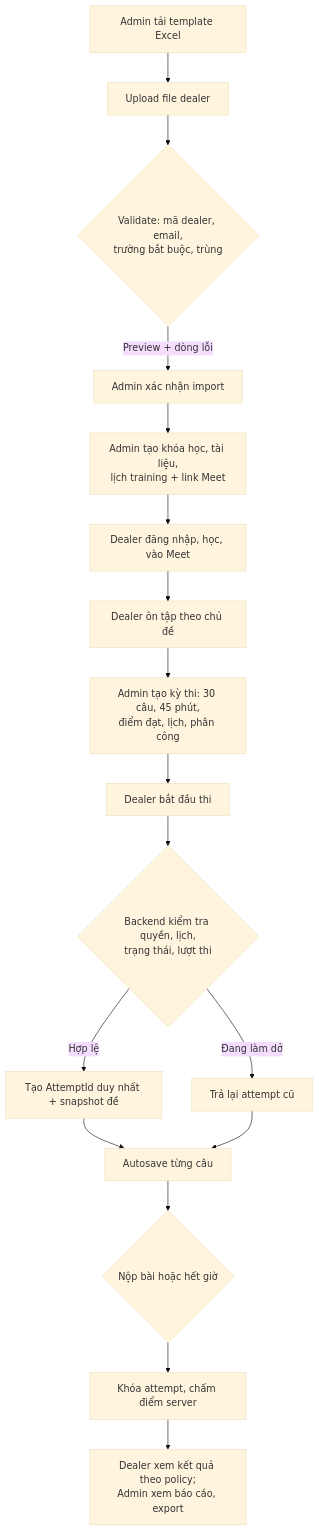
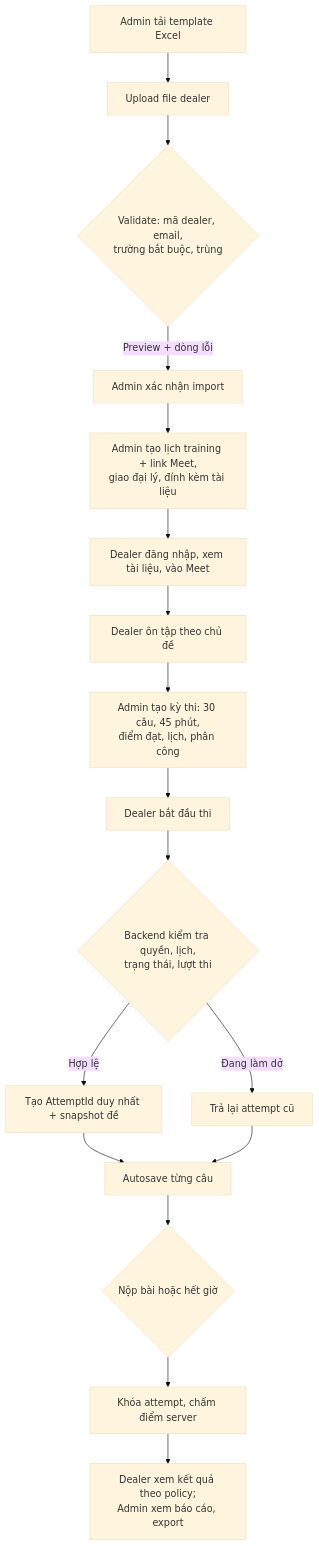
Before and after one commit to noeffortnomoney/KD-question-dealer: the first of 2 diagrams in Docs/01-tong-quan-pham-vi.md, drawn with Mermaid (base theme). The commit also changed other lines of this file and 105 other files, not shown here.

````diff
--- a/Docs/01-tong-quan-pham-vi.md
+++ b/Docs/01-tong-quan-pham-vi.md
@@ -47,19 +47,19 @@
 ```mermaid
 flowchart TD
     A[Admin tải template Excel] --> B[Upload file dealer]
     B --> C{Validate: mã dealer, email,<br/>trường bắt buộc, trùng}
     C -->|Preview + dòng lỗi| D[Admin xác nhận import]
-    D --> E[Admin tạo khóa học, tài liệu,<br/>lịch training + link Meet]
-    E --> F[Dealer đăng nhập, học, vào Meet]
+    D --> E[Admin tạo lịch training + link Meet,<br/>giao đại lý, đính kèm tài liệu]
+    E --> F[Dealer đăng nhập, xem tài liệu, vào Meet]
     F --> G[Dealer ôn tập theo chủ đề]
     G --> H[Admin tạo kỳ thi: 30 câu, 45 phút,<br/>điểm đạt, lịch, phân công]
     H --> I[Dealer bắt đầu thi]
     I --> J{Backend kiểm tra quyền, lịch,<br/>trạng thái, lượt thi}
     J -->|Hợp lệ| K[Tạo AttemptId duy nhất + snapshot đề]
     J -->|Đang làm dở| K2[Trả lại attempt cũ]
     K --> L[Autosave từng câu]
     K2 --> L
     L --> M{Nộp bài hoặc hết giờ}
     M --> N[Khóa attempt, chấm điểm server]
     N --> O[Dealer xem kết quả theo policy;<br/>Admin xem báo cáo, export]
 ```
````
